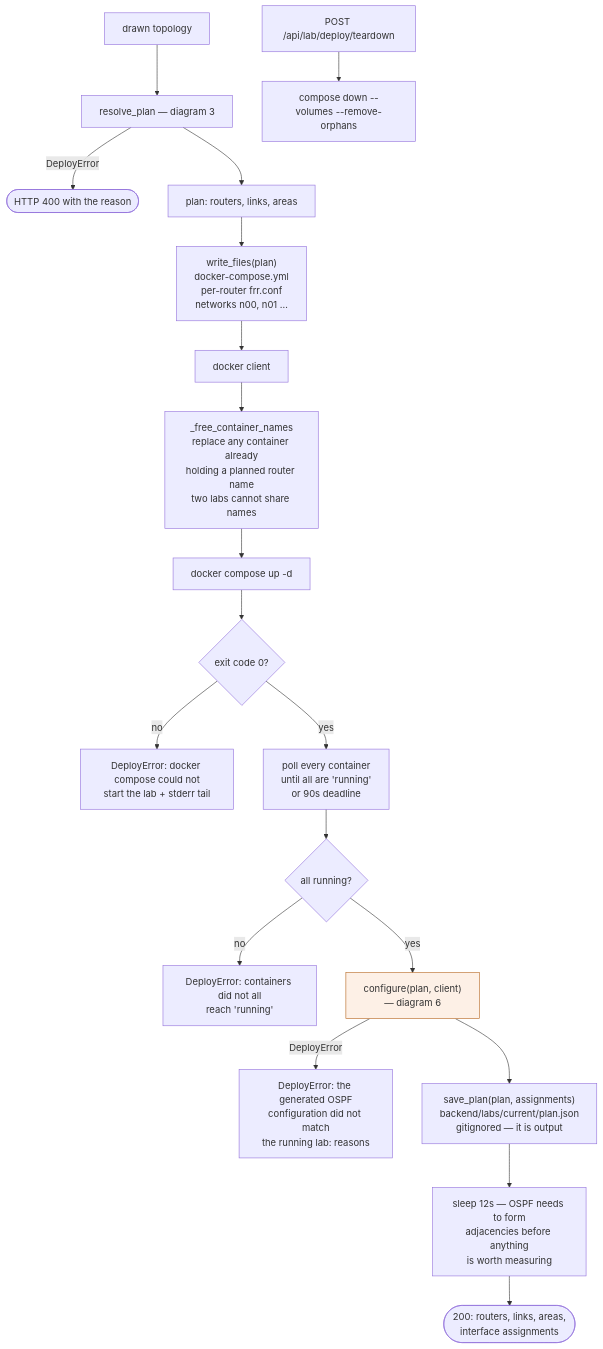
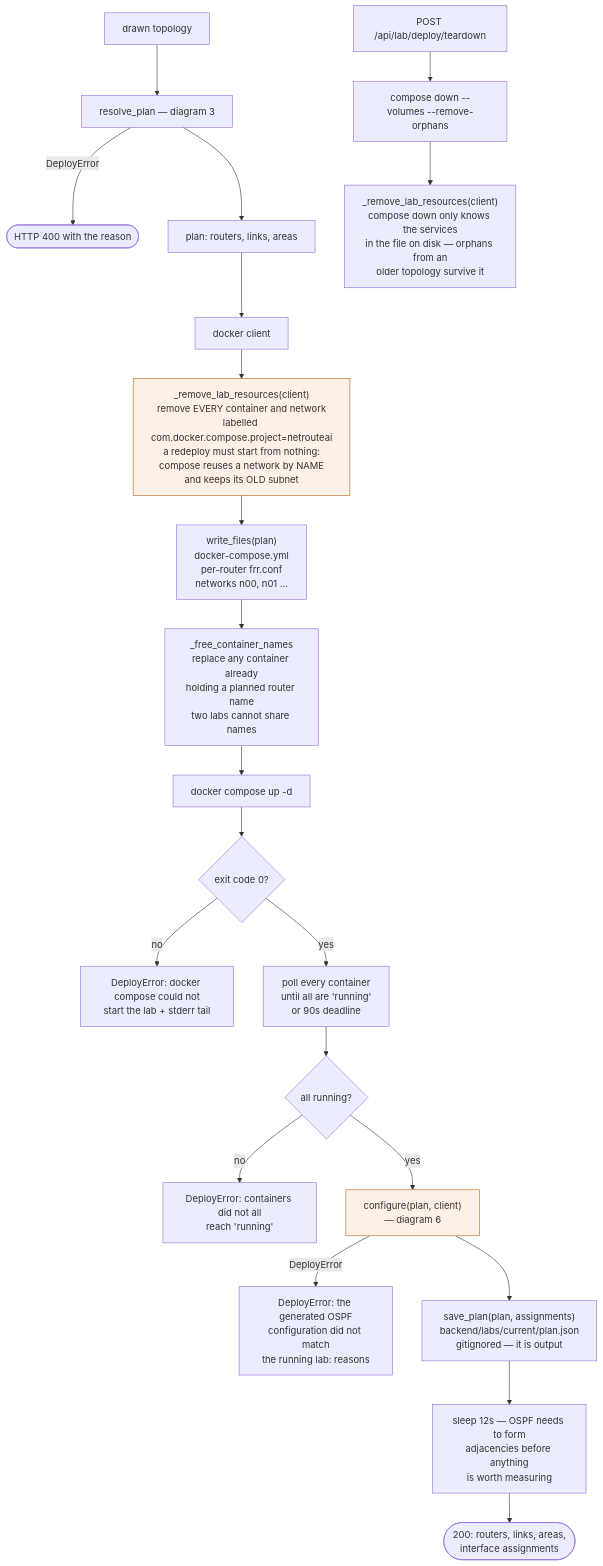
One commit to bhavshetty2003-gif/NetRouteAI changed the fifth of 20 diagrams in docs/ALGORITHM_FLOWCHARTS.md. Above: the diagram before and after it, drawn with Mermaid. The commit also changed other lines of this file and 7 other files, not shown here.

````diff
--- a/docs/ALGORITHM_FLOWCHARTS.md
+++ b/docs/ALGORITHM_FLOWCHARTS.md
@@ -320,27 +320,30 @@
 ```mermaid
 flowchart TD
     TOPO["drawn topology"] --> RP["resolve_plan — diagram 3"]
     RP -->|DeployError| FAIL(["HTTP 400 with the reason"])
     RP --> PLAN["plan: routers, links, areas"]
 
-    PLAN --> WRITE["write_files(plan)<br/>docker-compose.yml<br/>per-router frr.conf<br/>networks n00, n01 …"]
-    WRITE --> CLIENT["docker client"]
-    CLIENT --> FREE["_free_container_names<br/>replace any container already<br/>holding a planned router name<br/>two labs cannot share names"]
+    PLAN --> CLIENT["docker client"]
+    CLIENT --> PURGE["_remove_lab_resources(client)<br/>remove EVERY container and network<br/>labelled com.docker.compose.project=netrouteai<br/>a redeploy must start from nothing:<br/>compose reuses a network by NAME<br/>and keeps its OLD subnet"]
+    PURGE --> WRITE["write_files(plan)<br/>docker-compose.yml<br/>per-router frr.conf<br/>networks n00, n01 …"]
+    WRITE --> FREE["_free_container_names<br/>replace any container already<br/>holding a planned router name<br/>two labs cannot share names"]
     FREE --> UP["docker compose up -d"]
 
     UP --> UPC{"exit code 0?"}
     UPC -- no --> E1["DeployError: docker compose could not<br/>start the lab + stderr tail"]
     UPC -- yes --> WAIT["poll every container<br/>until all are 'running'<br/>or 90s deadline"]
 
     WAIT --> WAITQ{"all running?"}
     WAITQ -- no --> E2["DeployError: containers did not all<br/>reach 'running'"]
     WAITQ -- yes --> CONF["configure(plan, client)<br/>— diagram 6"]
     CONF -->|DeployError| E3["DeployError: the generated OSPF<br/>configuration did not match<br/>the running lab: reasons"]
     CONF --> SAVE["save_plan(plan, assignments)<br/>backend/labs/current/plan.json<br/>gitignored — it is output"]
     SAVE --> SETTLE["sleep 12s — OSPF needs to form<br/>adjacencies before anything<br/>is worth measuring"]
     SETTLE --> OK(["200: routers, links, areas,<br/>interface assignments"])
 
     ERR["POST /api/lab/deploy/teardown"] --> DOWN["compose down --volumes --remove-orphans"]
+    DOWN --> PURGE2["_remove_lab_resources(client)<br/>compose down only knows the services<br/>in the file on disk — orphans from an<br/>older topology survive it"]
 
     style CONF fill:#fdf0e6,stroke:#b5651d
+    style PURGE fill:#fdf0e6,stroke:#b5651d
 ```
````
